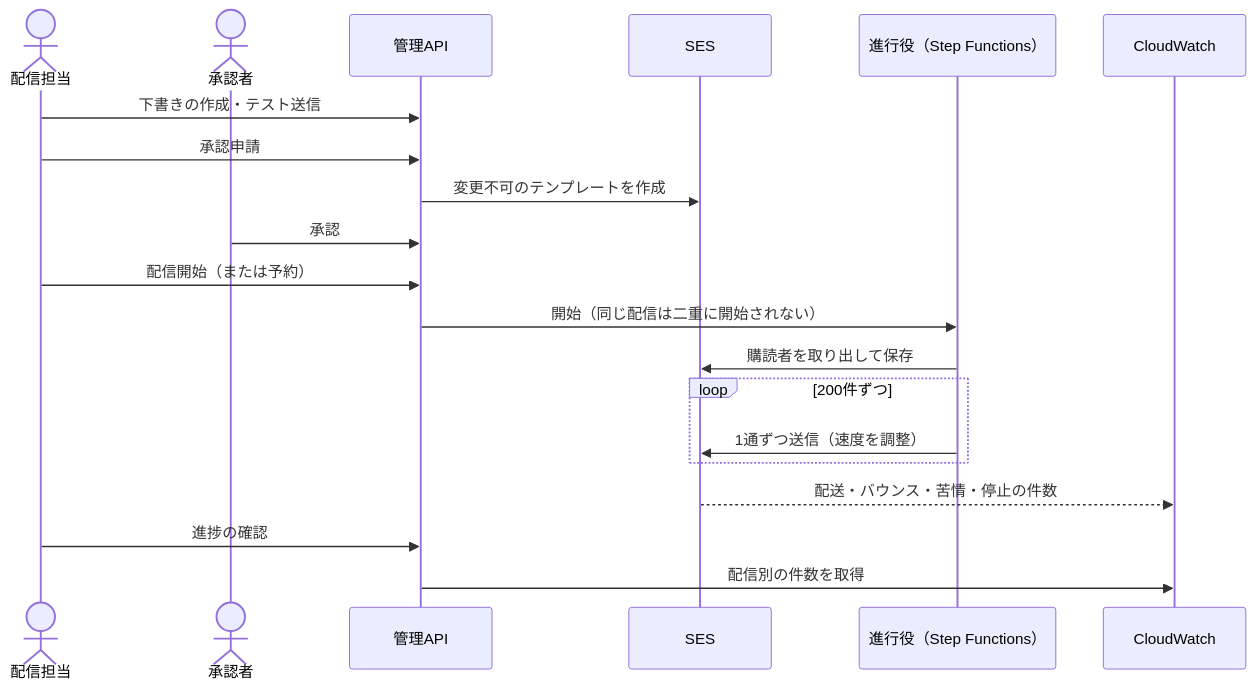
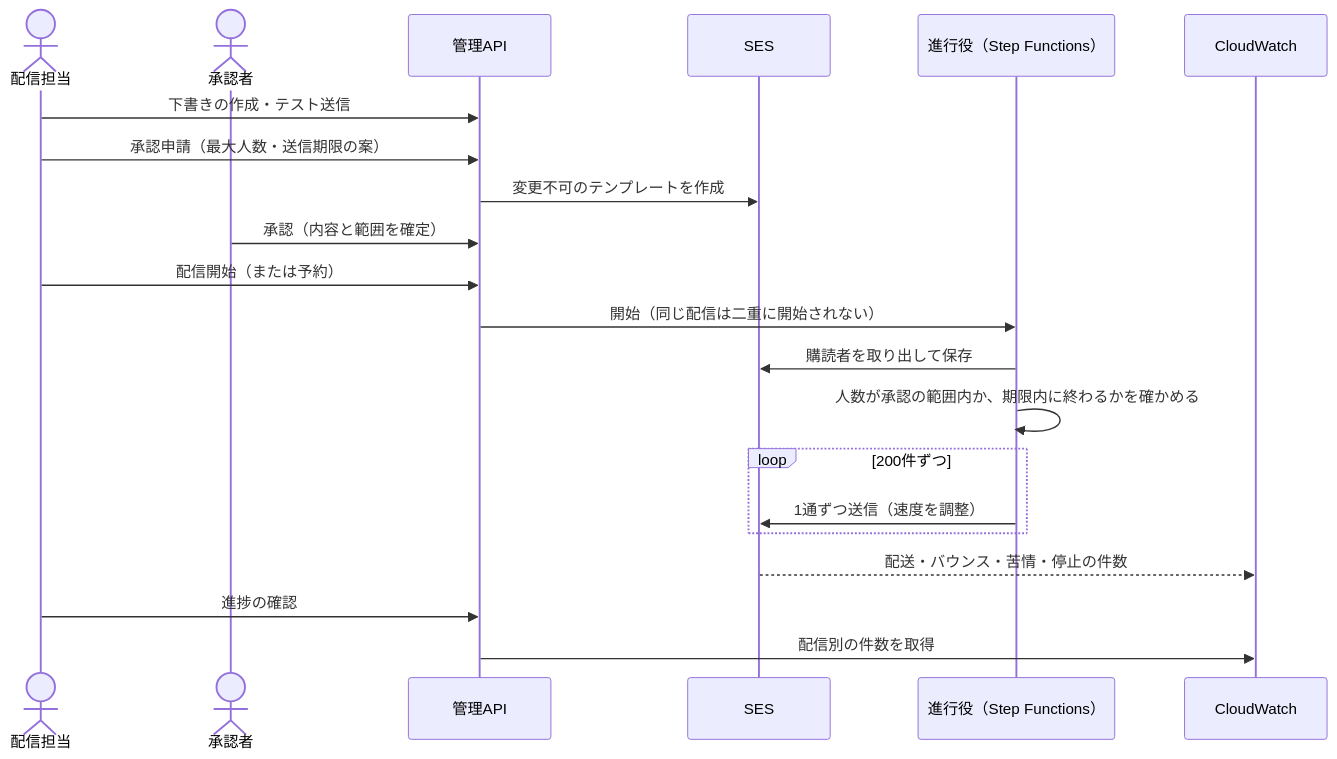
Before and after one commit to i109004t-debug/hato2comeback: the second of 2 diagrams in docs/基本設計書.md, drawn with Mermaid. The commit also changed other lines of this file and 3 other files, not shown here.

````diff
--- a/docs/基本設計書.md
+++ b/docs/基本設計書.md
@@ -193,22 +220,23 @@
 ```mermaid
 sequenceDiagram
     actor S as 配信担当
     actor A as 承認者
     participant API as 管理API
     participant SES as SES
     participant SF as 進行役（Step Functions）
     participant CW as CloudWatch
     S->>API: 下書きの作成・テスト送信
-    S->>API: 承認申請
+    S->>API: 承認申請（最大人数・送信期限の案）
     API->>SES: 変更不可のテンプレートを作成
-    A->>API: 承認
+    A->>API: 承認（内容と範囲を確定）
     S->>API: 配信開始（または予約）
     API->>SF: 開始（同じ配信は二重に開始されない）
     SF->>SES: 購読者を取り出して保存
+    SF->>SF: 人数が承認の範囲内か、期限内に終わるかを確かめる
     loop 200件ずつ
         SF->>SES: 1通ずつ送信（速度を調整）
     end
     SES-->>CW: 配送・バウンス・苦情・停止の件数
     S->>API: 進捗の確認
     API->>CW: 配信別の件数を取得
 ```
````
